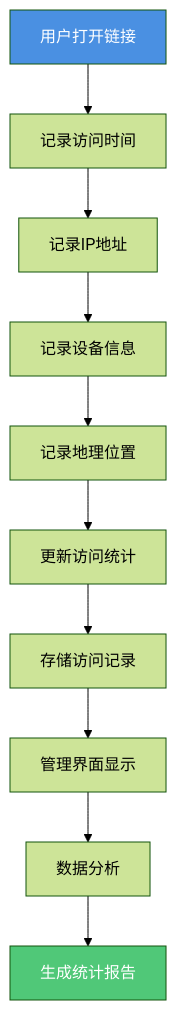
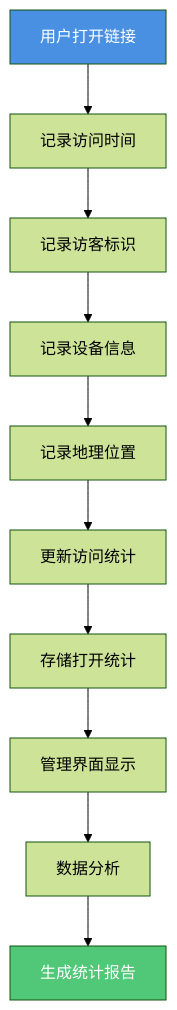
One commit to mythenigma/cloudflareAstro changed the sixth of 12 diagrams in src/content/blog/cn/pdf-sharing-introduction.md. Above: the diagram before and after it, drawn with Mermaid (forest theme). The commit also changed other lines of this file and 353 other files, not shown here.

````diff
--- a/src/content/blog/cn/pdf-sharing-introduction.md
+++ b/src/content/blog/cn/pdf-sharing-introduction.md
@@ -206,15 +206,15 @@
 ```mermaid
 flowchart TD
     A[用户打开链接] --> B[记录访问时间]
-    B --> C[记录IP地址]
+    B --> C[记录访客标识]
     C --> D[记录设备信息]
     D --> E[记录地理位置]
     E --> F[更新访问统计]
-    F --> G[存储访问记录]
+    F --> G[存储打开统计]
     G --> H[管理界面显示]
     H --> I[数据分析]
     I --> J[生成统计报告]
     
     style A fill:#4A90E2,color:#fff
     style J fill:#50C878,color:#fff
 ```
````
